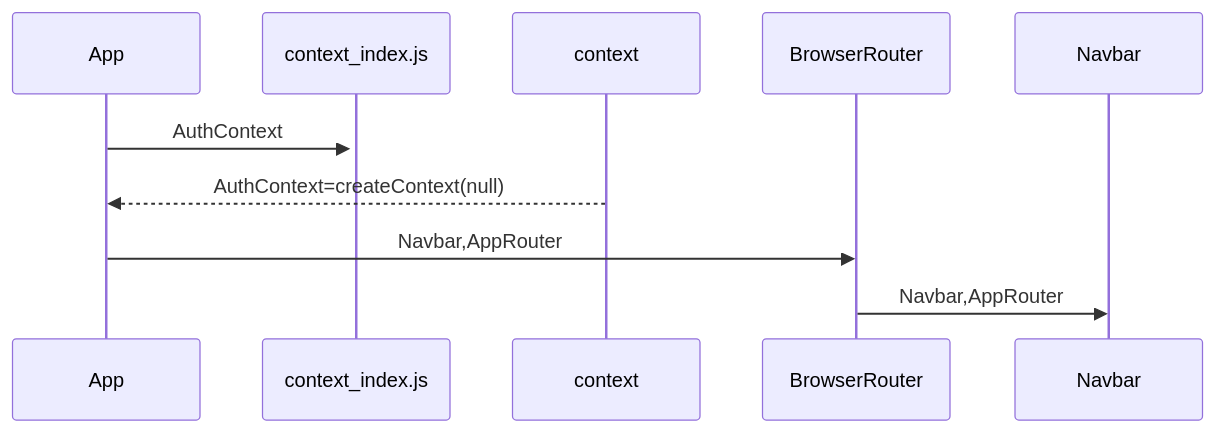
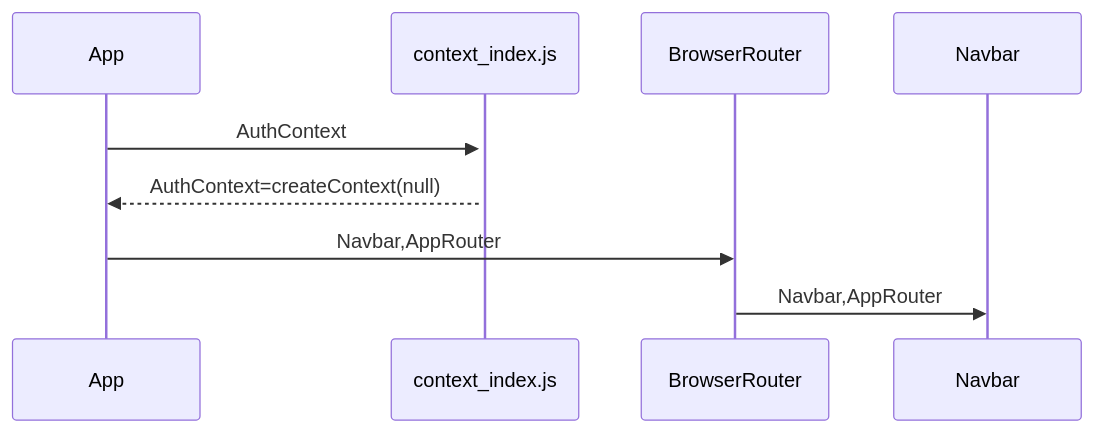
The second of 2 diagrams in README.md (Freeze35/test-react-project), drawn with Mermaid before and after one commit. The commit also changed other lines of this file, not shown here.

````diff
--- a/README.md
+++ b/README.md
@@ -129,7 +131,7 @@
 ```mermaid
   sequenceDiagram;
    App->>+context_index.js: AuthContext
-   context-->>App: AuthContext=createContext(null)
+   context_index.js-->>App: AuthContext=createContext(null)
    App->>BrowserRouter:Navbar,AppRouter
    BrowserRouter->>Navbar:Navbar,AppRouter
 ```
````
